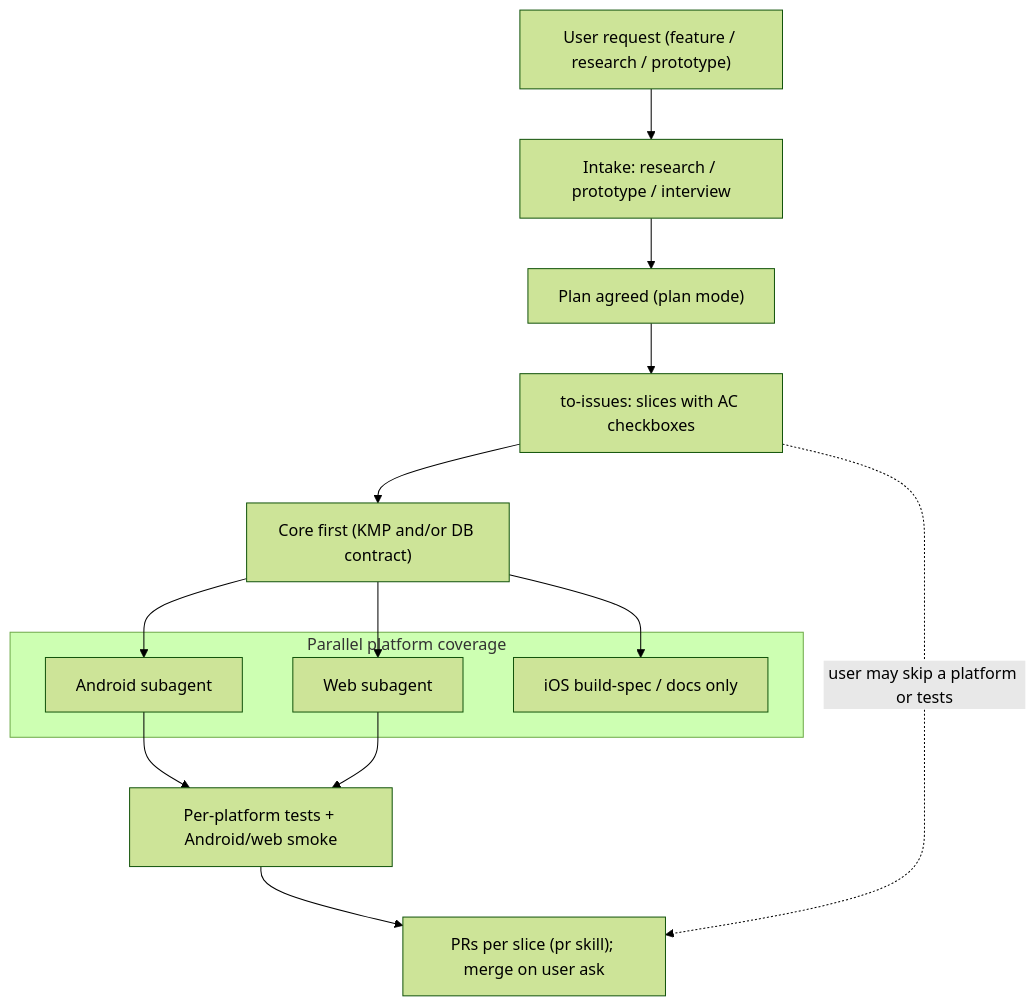
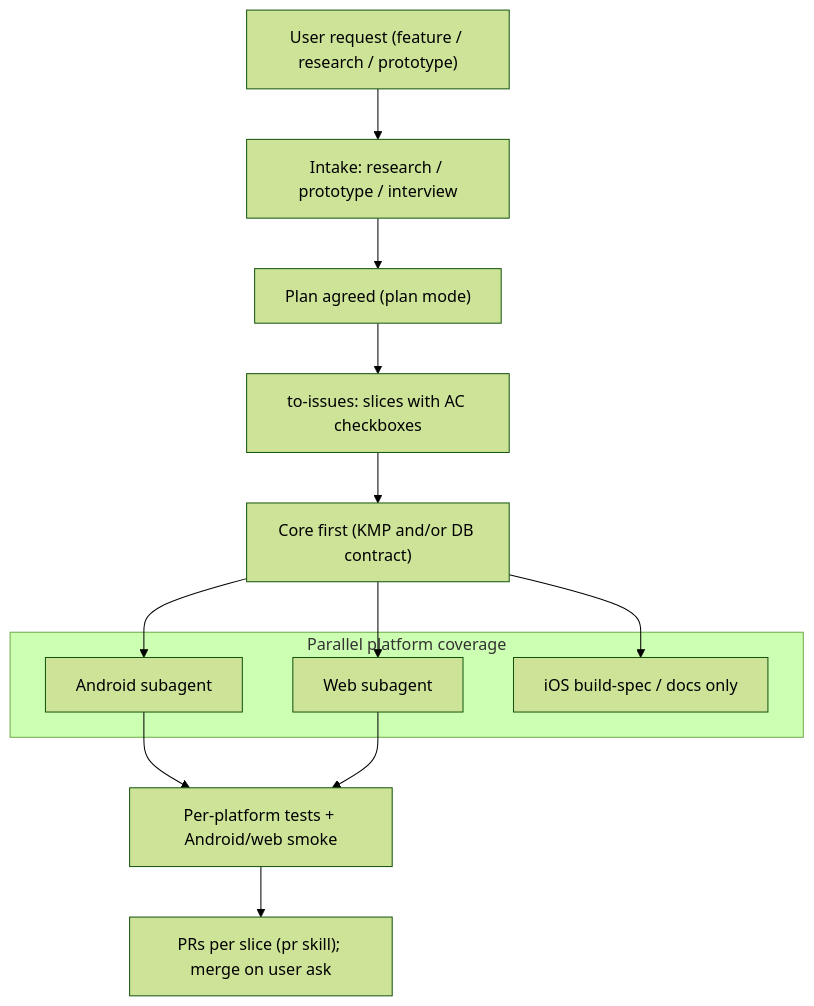
The diagram in docs/conventions/agent-dev-environment.md (MarekBiolik/GymManager), drawn with Mermaid (forest theme) before and after one commit. The commit also changed other lines of this file and 10 other files, not shown here.

````diff
--- a/docs/conventions/agent-dev-environment.md
+++ b/docs/conventions/agent-dev-environment.md
@@ -26,24 +26,23 @@
 ```mermaid
 flowchart TD
   req["User request (feature / research / prototype)"]
   intake["Intake: research / prototype / interview"]
   plan["Plan agreed (plan mode)"]
   issues["to-issues: slices with AC checkboxes"]
   core["Core first (KMP and/or DB contract)"]
   subgraph platforms [Parallel platform coverage]
     android["Android subagent"]
     web["Web subagent"]
     iosSpec["iOS build-spec / docs only"]
   end
   test["Per-platform tests + Android/web smoke"]
   prs["PRs per slice (pr skill); merge on user ask"]
 
   req --> intake --> plan --> issues --> core
   core --> android
   core --> web
   core --> iosSpec
   android --> test
   web --> test
   test --> prs
-  issues -.->|"user may skip a platform or tests"| prs
 ```
````
